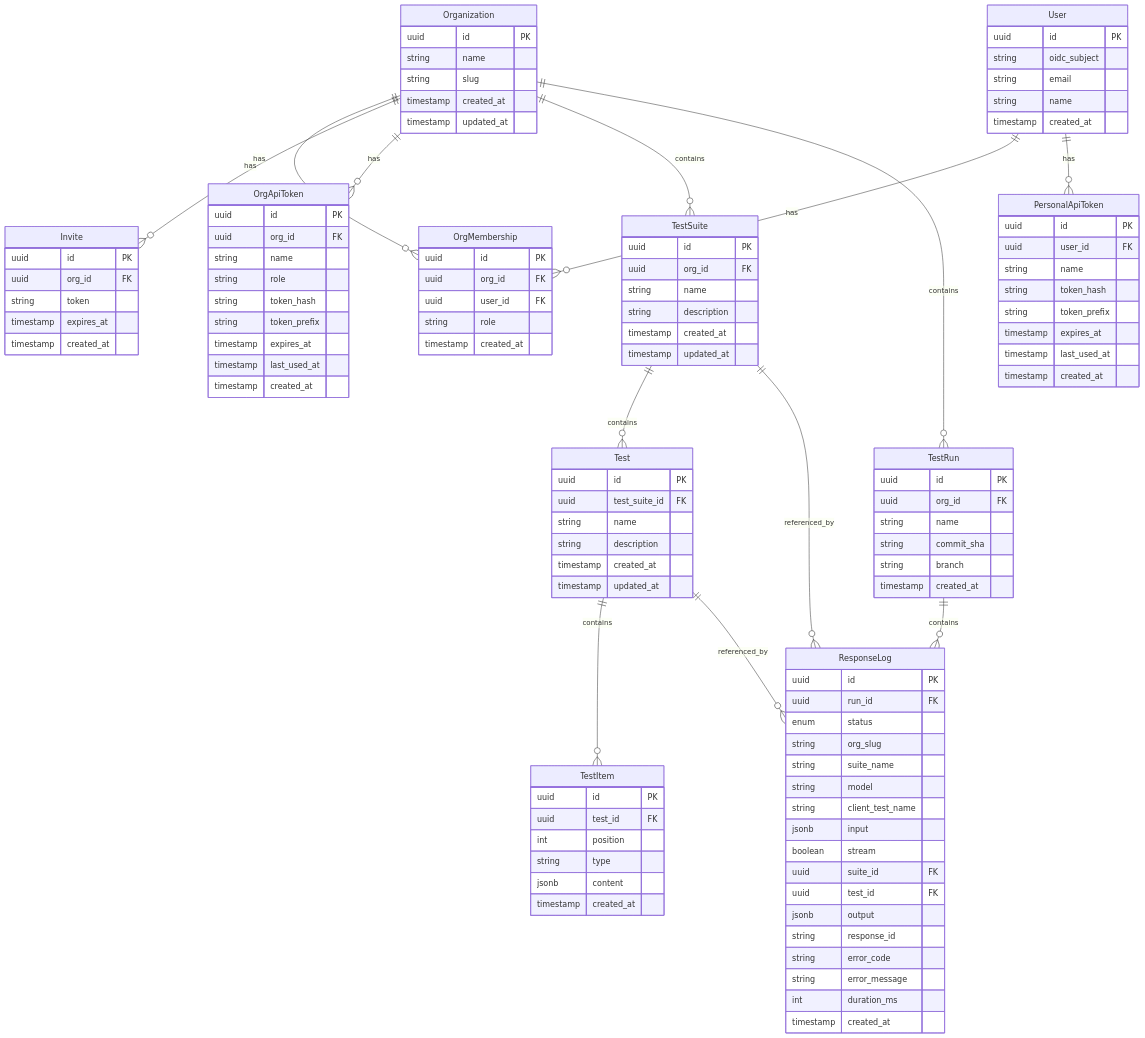
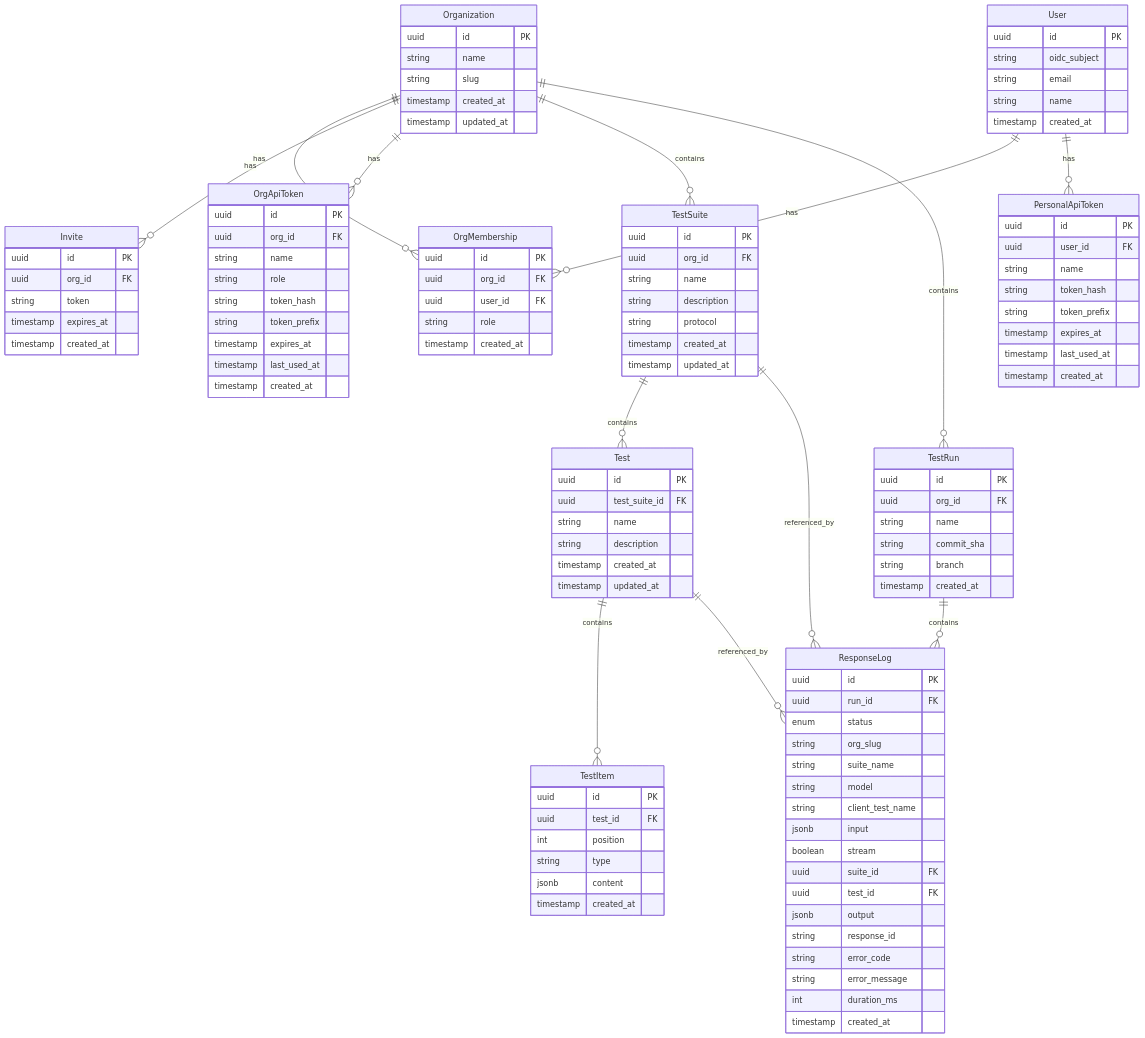
The diagram in docs/data-model.md (agynio/testllm), drawn with Mermaid before and after one commit. The commit also changed other lines of this file and 25 other files, not shown here.

```diff
--- a/docs/data-model.md
+++ b/docs/data-model.md
@@ -77,6 +77,7 @@
         uuid org_id FK
         string name
         string description
+        string protocol
         timestamp created_at
         timestamp updated_at
     }
```
